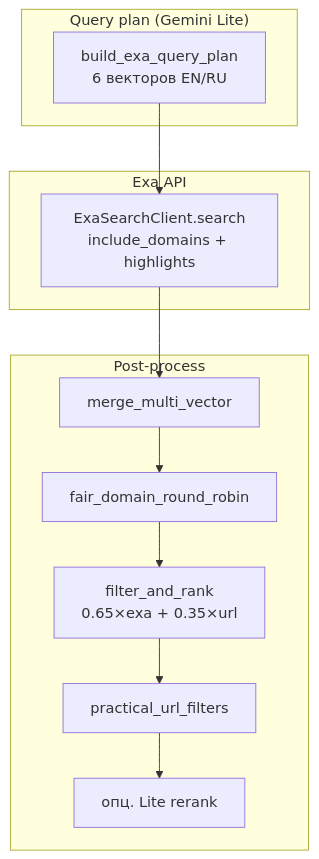
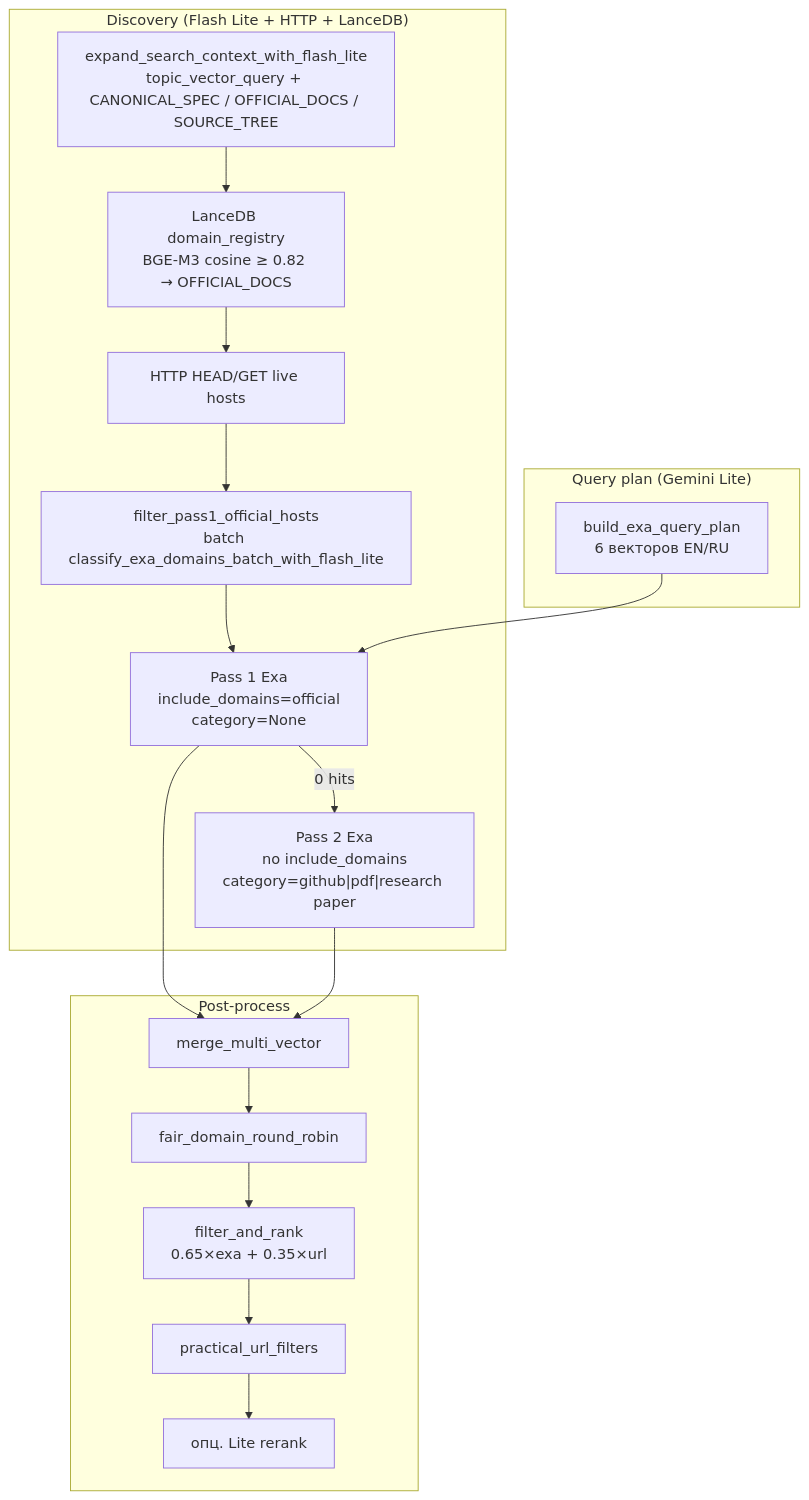
The diagram in knowledge_engine/docs/EXA_SEARCH.md (6Artem6/REsearch), drawn with Mermaid before and after one commit. The commit also changed other lines of this file and 22 other files, not shown here.

Commit message:
feat(search): classify Exa domains in batch and expand official source trees

````diff
--- a/knowledge_engine/docs/EXA_SEARCH.md
+++ b/knowledge_engine/docs/EXA_SEARCH.md
@@ -13,20 +13,30 @@
 ```mermaid
 flowchart TB
+  subgraph Discover["Discovery (Flash Lite + HTTP + LanceDB)"]
+    L["expand_search_context_with_flash_lite\ntopic_vector_query + CANONICAL_SPEC / OFFICIAL_DOCS / SOURCE_TREE"]
+    R["LanceDB domain_registry\nBGE-M3 cosine ≥ 0.82 → OFFICIAL_DOCS"]
+    H["HTTP HEAD/GET live hosts"]
+    A["filter_pass1_official_hosts\nbatch classify_exa_domains_batch_with_flash_lite"]
+    P1["Pass 1 Exa\ninclude_domains=official\ncategory=None"]
+    P2["Pass 2 Exa\nno include_domains\ncategory=github|pdf|research paper"]
+  end
+
   subgraph Plan["Query plan (Gemini Lite)"]
     QP["build_exa_query_plan\n6 векторов EN/RU"]
-  end
-
-  subgraph API["Exa API"]
-    C["ExaSearchClient.search\ninclude_domains + highlights"]
   end
 
   subgraph Rank["Post-process"]
     M["merge_multi_vector"]
     RR["fair_domain_round_robin"]
     UR["filter_and_rank\n0.65×exa + 0.35×url"]
     PF["practical_url_filters"]
     LR["опц. Lite rerank"]
   end
 
-  QP --> C --> M --> RR --> UR --> PF --> LR
+  L --> R --> H --> A --> P1
+  P1 -->|0 hits| P2
+  QP --> P1
+  P1 --> M
+  P2 --> M
+  M --> RR --> UR --> PF --> LR
 ```
````
